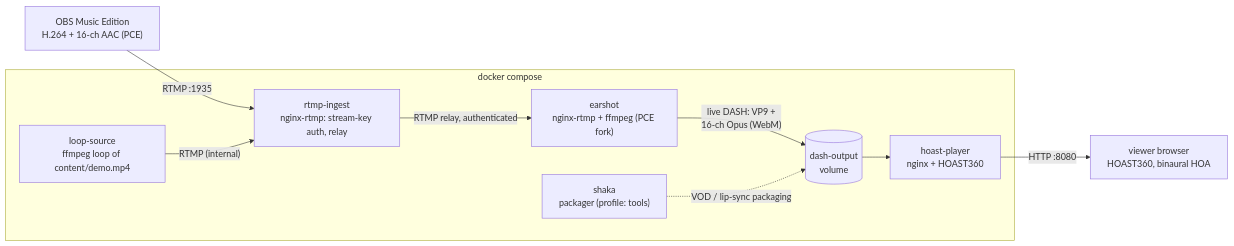
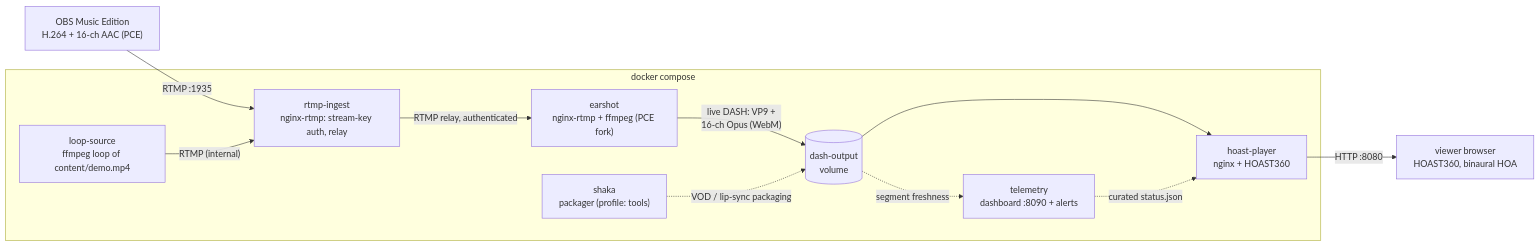
One commit to mormegil6/ambisonic-box changed the diagram in README.md. Above: the diagram before and after it, drawn with Mermaid. The commit also changed other lines of this file and 1 other file, not shown here.

````diff
--- a/README.md
+++ b/README.md
@@ -13,22 +13,25 @@
 ```mermaid
 flowchart LR
     OBS["OBS Music Edition<br/>H.264 + 16-ch AAC (PCE)"]
     VIEWER["viewer browser<br/>HOAST360, binaural HOA"]
 
     subgraph COMPOSE["docker compose"]
         LOOP["loop-source<br/>ffmpeg loop of content/demo.mp4"]
         INGEST["rtmp-ingest<br/>nginx-rtmp: stream-key auth, relay"]
         EARSHOT["earshot<br/>nginx-rtmp + ffmpeg (PCE fork)"]
         VOL[("dash-output<br/>volume")]
         PLAYER["hoast-player<br/>nginx + HOAST360"]
         SHAKA["shaka<br/>packager (profile: tools)"]
+        TELEM["telemetry<br/>dashboard :8090 + alerts"]
     end
 
     OBS -- "RTMP :1935" --> INGEST
     LOOP -- "RTMP (internal)" --> INGEST
     INGEST -- "RTMP relay, authenticated" --> EARSHOT
     EARSHOT -- "live DASH: VP9 +<br/>16-ch Opus (WebM)" --> VOL
     VOL --> PLAYER
     SHAKA -. "VOD / lip-sync packaging" .-> VOL
     PLAYER -- "HTTP :8080" --> VIEWER
+    VOL -. "segment freshness" .-> TELEM
+    TELEM -. "curated status.json" .-> PLAYER
 ```
````
